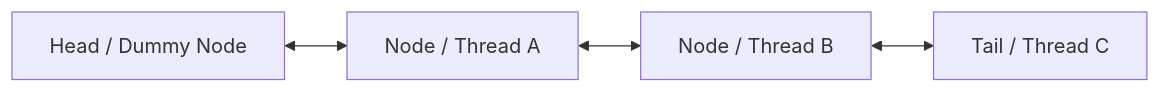
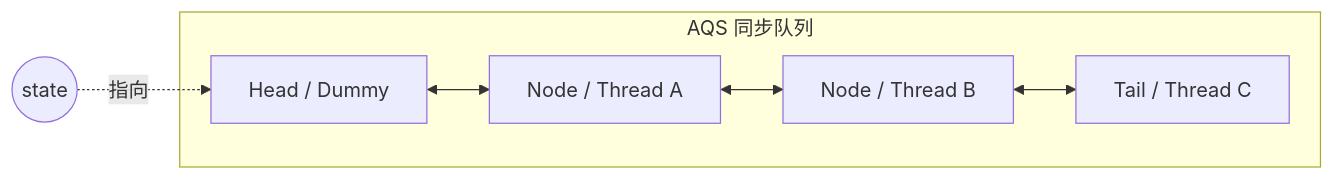
The first of 3 diagrams in docs/java/concurrent/aqs-locks.md (Aiden-Coding/AiDocs), drawn with Mermaid before and after one commit. The commit also changed other lines of this file and 3 other files, not shown here.

````diff
--- a/docs/java/concurrent/aqs-locks.md
+++ b/docs/java/concurrent/aqs-locks.md
@@ -18,4 +18,9 @@
 ```mermaid
 graph LR
-    Head[Head / Dummy Node] <--> NodeA[Node / Thread A] <--> NodeB[Node / Thread B] <--> Tail[Tail / Thread C]
+    subgraph "AQS 同步队列"
+        Head[Head / Dummy] <--> NodeA[Node / Thread A]
+        NodeA <--> NodeB[Node / Thread B]
+        NodeB <--> Tail[Tail / Thread C]
+    end
+    State((state)) -. 指向 .-> Head
 ```
````
